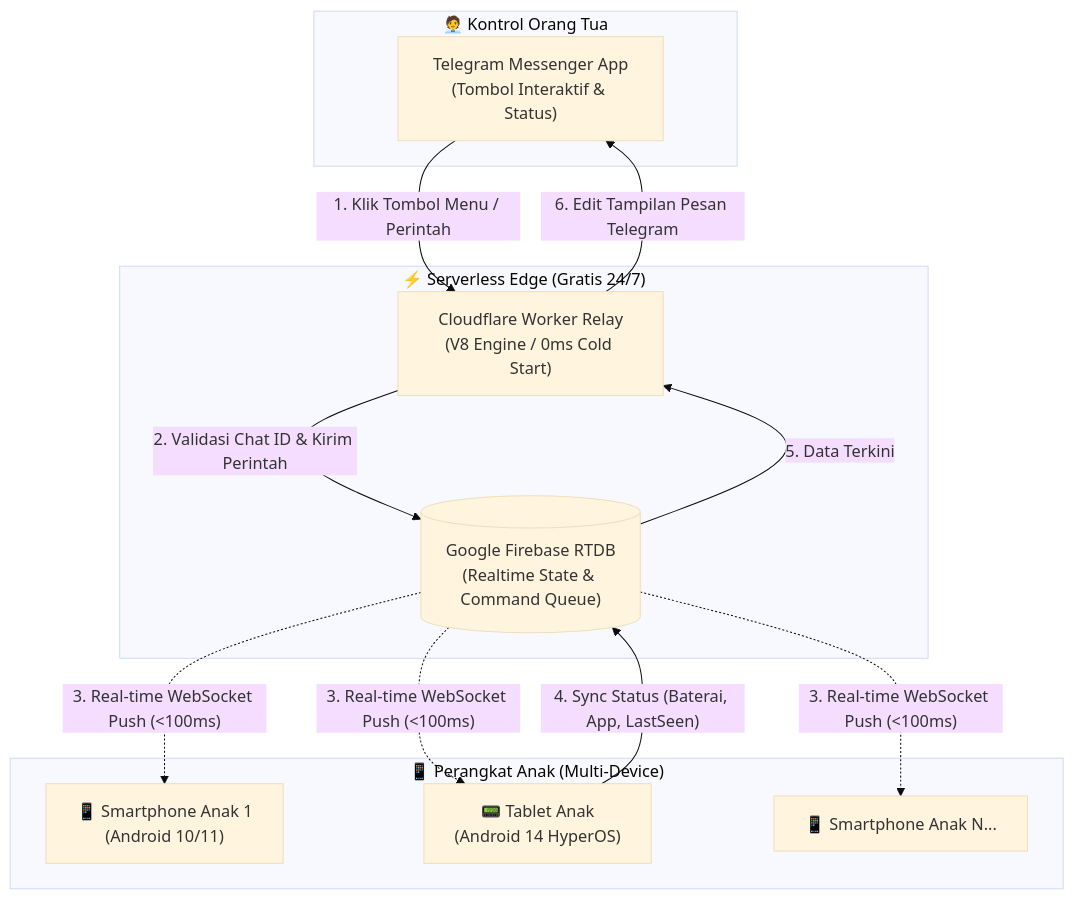
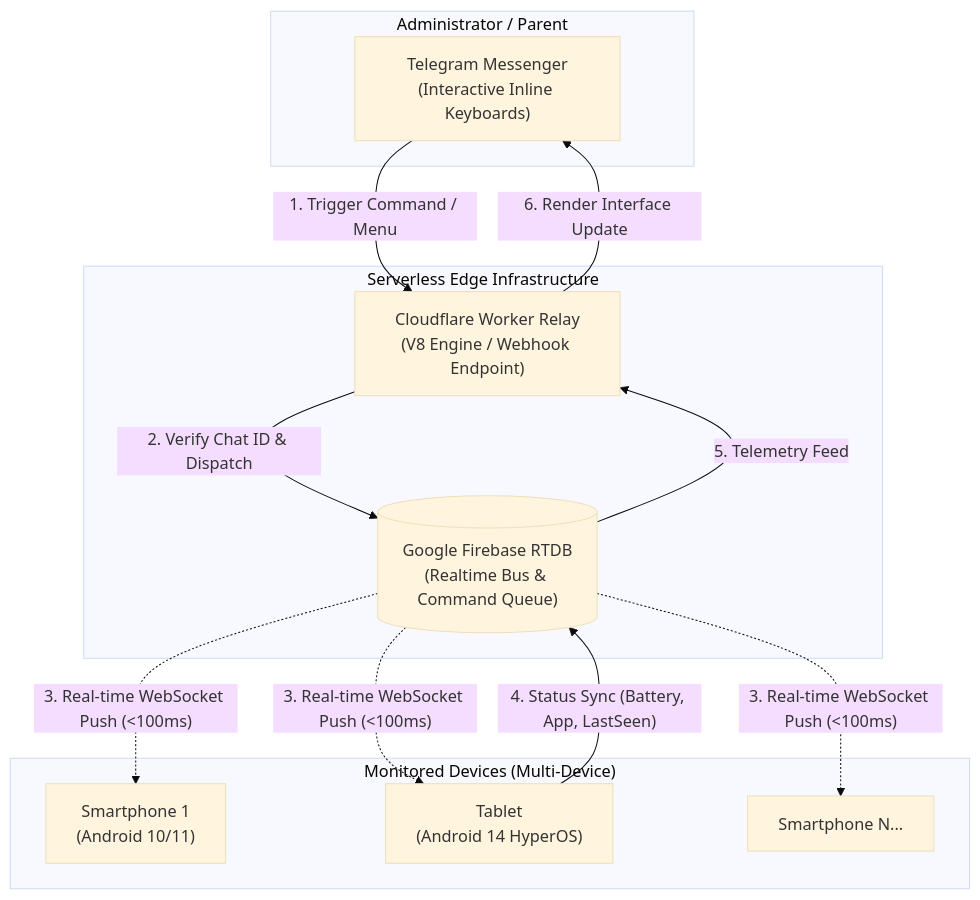
One commit to goonerzdevops/DwisnuLabsParental changed the diagram in README.md. Above: the diagram before and after it, drawn with Mermaid (base theme). The commit also changed other lines of this file, not shown here.

````diff
--- a/README.md
+++ b/README.md
@@ -23,26 +24,26 @@
 ```mermaid
 flowchart TD
-    subgraph Parent["🧑‍💼 Kontrol Orang Tua"]
-        TG["Telegram Messenger App\n(Tombol Interaktif & Status)"]
+    subgraph Parent["Administrator / Parent"]
+        TG["Telegram Messenger\n(Interactive Inline Keyboards)"]
     end
 
-    subgraph Edge["⚡ Serverless Edge (Gratis 24/7)"]
-        CF["Cloudflare Worker Relay\n(V8 Engine / 0ms Cold Start)"]
-        FDB[("Google Firebase RTDB\n(Realtime State & Command Queue)")]
+    subgraph Edge["Serverless Edge Infrastructure"]
+        CF["Cloudflare Worker Relay\n(V8 Engine / Webhook Endpoint)"]
+        FDB[("Google Firebase RTDB\n(Realtime Bus & Command Queue)")]
     end
 
-    subgraph Devices["📱 Perangkat Anak (Multi-Device)"]
-        Dev1["📱 Smartphone Anak 1\n(Android 10/11)"]
-        Dev2["📟 Tablet Anak\n(Android 14 HyperOS)"]
-        Dev3["📱 Smartphone Anak N..."]
+    subgraph Devices["Monitored Devices (Multi-Device)"]
+        Dev1["Smartphone 1\n(Android 10/11)"]
+        Dev2["Tablet\n(Android 14 HyperOS)"]
+        Dev3["Smartphone N..."]
     end
 
-    TG -- "1. Klik Tombol Menu / Perintah" --> CF
-    CF -- "2. Validasi Chat ID & Kirim Perintah" --> FDB
+    TG -- "1. Trigger Command / Menu" --> CF
+    CF -- "2. Verify Chat ID & Dispatch" --> FDB
     FDB -. "3. Real-time WebSocket Push (<100ms)" .-> Dev1
     FDB -. "3. Real-time WebSocket Push (<100ms)" .-> Dev2
     FDB -. "3. Real-time WebSocket Push (<100ms)" .-> Dev3
-    Dev2 -- "4. Sync Status (Baterai, App, LastSeen)" --> FDB
-    FDB -- "5. Data Terkini" --> CF
-    CF -- "6. Edit Tampilan Pesan Telegram" --> TG
+    Dev2 -- "4. Status Sync (Battery, App, LastSeen)" --> FDB
+    FDB -- "5. Telemetry Feed" --> CF
+    CF -- "6. Render Interface Update" --> TG
 ```
````
